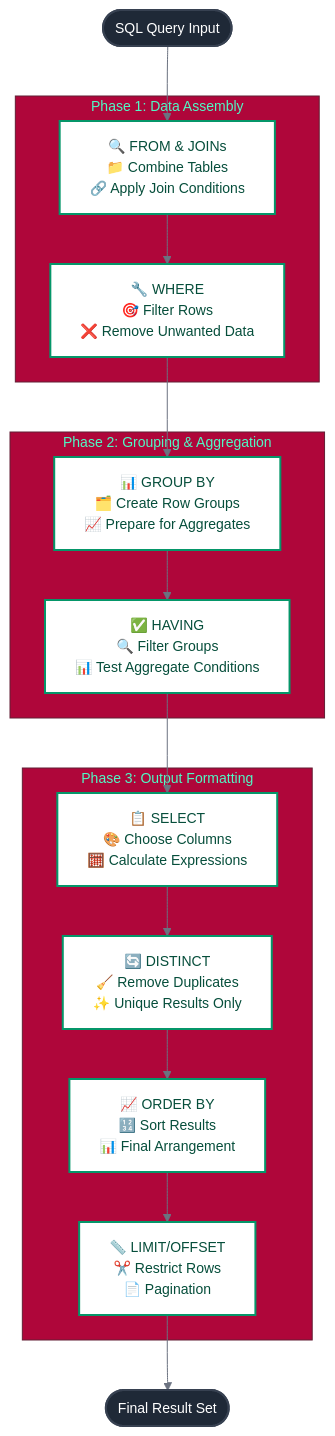
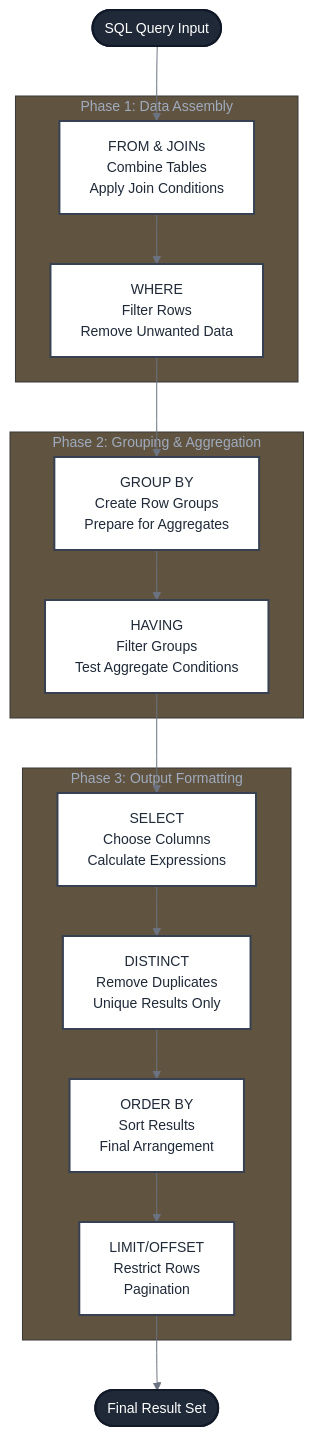
Before and after one commit to MayankBambal/mayankbambal.github.io: the second of 2 diagrams in super_sql_guide/level_2/Chapter1/Introduction.md, drawn with Mermaid. The commit also changed other lines of this file and 3 other files, not shown here.

````diff
--- a/super_sql_guide/level_2/Chapter1/Introduction.md
+++ b/super_sql_guide/level_2/Chapter1/Introduction.md
@@ -64,49 +70,49 @@
 ```mermaid
 ---
 config:
   theme: base
   themeVariables:
-    primaryColor: '#059669'
+    primaryColor: '#374151'
     primaryTextColor: '#ffffff'
-    primaryBorderColor: '#047857'
+    primaryBorderColor: '#1f2937'
     lineColor: '#6b7280'
     fontSize: '14px'
 ---
 flowchart TD
     START([SQL Query Input]) --> FROM
     
     subgraph "Phase 1: Data Assembly"
-        FROM["🔍 FROM & JOINs<br/>📁 Combine Tables<br/>🔗 Apply Join Conditions"]
-        WHERE["🔧 WHERE<br/>🎯 Filter Rows<br/>❌ Remove Unwanted Data"]
+        FROM["FROM & JOINs<br/>Combine Tables<br/>Apply Join Conditions"]
+        WHERE["WHERE<br/>Filter Rows<br/>Remove Unwanted Data"]
     end
     
     subgraph "Phase 2: Grouping & Aggregation"
-        GROUP["📊 GROUP BY<br/>🗂️ Create Row Groups<br/>📈 Prepare for Aggregates"]
-        HAVING["✅ HAVING<br/>🔍 Filter Groups<br/>📊 Test Aggregate Conditions"]
+        GROUP["GROUP BY<br/>Create Row Groups<br/>Prepare for Aggregates"]
+        HAVING["HAVING<br/>Filter Groups<br/>Test Aggregate Conditions"]
     end
     
     subgraph "Phase 3: Output Formatting"
-        SELECT["📋 SELECT<br/>🎨 Choose Columns<br/>🧮 Calculate Expressions"]
-        DISTINCT["🔄 DISTINCT<br/>🧹 Remove Duplicates<br/>✨ Unique Results Only"]
-        ORDER["📈 ORDER BY<br/>🔢 Sort Results<br/>📊 Final Arrangement"]
-        LIMIT["📏 LIMIT/OFFSET<br/>✂️ Restrict Rows<br/>📄 Pagination"]
+        SELECT["SELECT<br/>Choose Columns<br/>Calculate Expressions"]
+        DISTINCT["DISTINCT<br/>Remove Duplicates<br/>Unique Results Only"]
+        ORDER["ORDER BY<br/>Sort Results<br/>Final Arrangement"]
+        LIMIT["LIMIT/OFFSET<br/>Restrict Rows<br/>Pagination"]
     end
     
     RESULT([Final Result Set])
     
     FROM --> WHERE
     WHERE --> GROUP
     GROUP --> HAVING
     HAVING --> SELECT
     SELECT --> DISTINCT
     DISTINCT --> ORDER
     ORDER --> LIMIT
     LIMIT --> RESULT
     
-    classDef phaseBox fill:#f0fdf4,stroke:#059669,stroke-width:2px
-    classDef startEnd fill:#1f2937,stroke:#374151,stroke-width:2px,color:#ffffff
-    classDef process fill:#ffffff,stroke:#059669,stroke-width:2px,color:#064e3b
+    classDef phaseBox fill:#f9fafb,stroke:#374151,stroke-width:2px
+    classDef startEnd fill:#1f2937,stroke:#111827,stroke-width:2px,color:#ffffff
+    classDef process fill:#ffffff,stroke:#374151,stroke-width:2px,color:#1f2937
     
     class START,RESULT startEnd
     class FROM,WHERE,GROUP,HAVING,SELECT,DISTINCT,ORDER,LIMIT process
 ```
````
